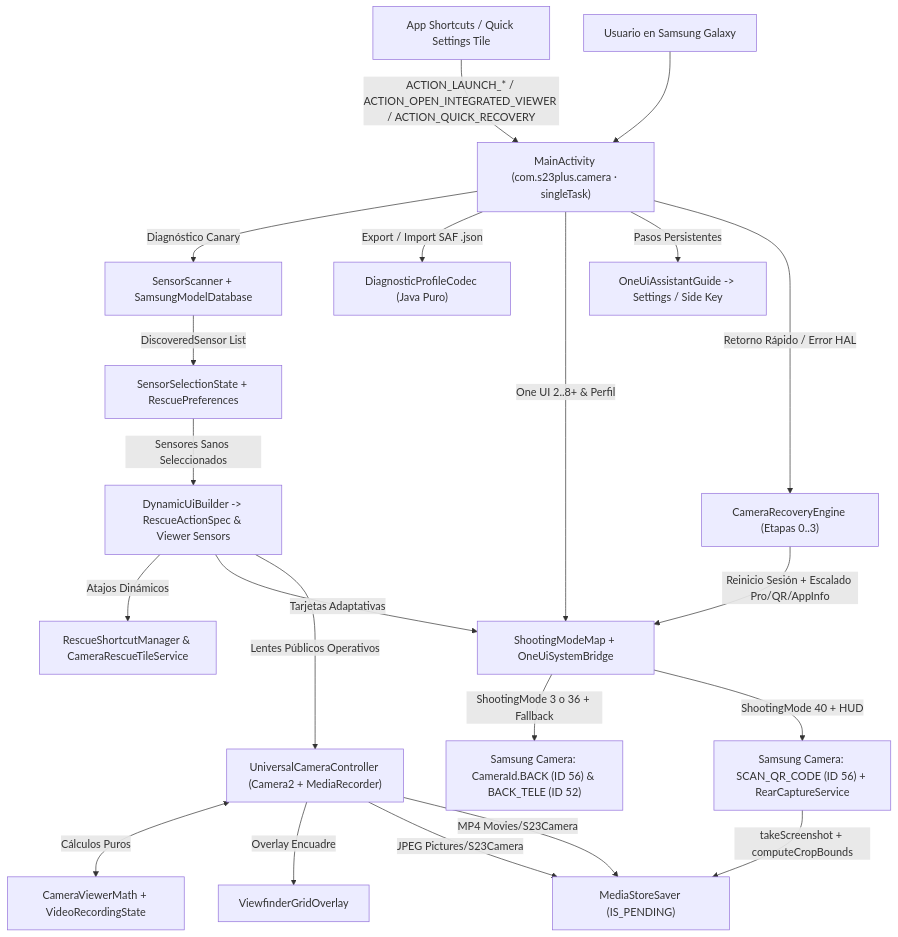
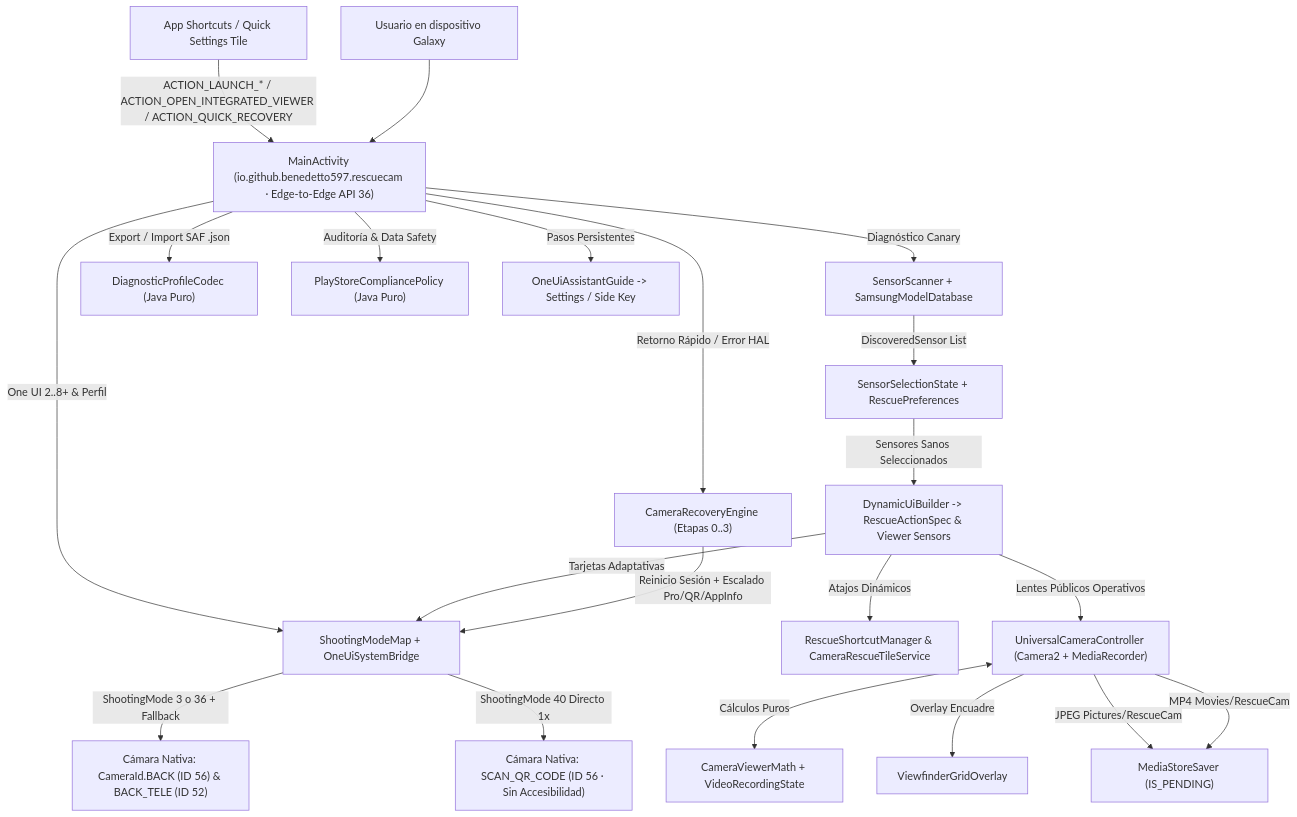
One commit to benedetto597/camera-rescue changed the diagram in docs/architecture.md. Above: the diagram before and after it, drawn with Mermaid. The commit also changed other lines of this file and 5 other files, not shown here.

Commit message:
docs: update README, SECURITY, ROADMAP, architecture, and v2.1.0 Play Store-ready APK

````diff
--- a/docs/architecture.md
+++ b/docs/architecture.md
@@ -7,27 +10,27 @@
 ```mermaid
 flowchart TD
-    Launcher["App Shortcuts / Quick Settings Tile"] -->|ACTION_LAUNCH_* / ACTION_OPEN_INTEGRATED_VIEWER / ACTION_QUICK_RECOVERY| MainActivity["MainActivity (com.s23plus.camera · singleTask)"]
-    User["Usuario en Samsung Galaxy"] --> MainActivity
+    Launcher["App Shortcuts / Quick Settings Tile"] -->|ACTION_LAUNCH_* / ACTION_OPEN_INTEGRATED_VIEWER / ACTION_QUICK_RECOVERY| MainActivity["MainActivity (io.github.benedetto597.rescuecam · Edge-to-Edge API 36)"]
+    User["Usuario en dispositivo Galaxy"] --> MainActivity
 
     MainActivity -->|Diagnóstico Canary| Scanner["SensorScanner + SamsungModelDatabase"]
     Scanner -->|DiscoveredSensor List| Selection["SensorSelectionState + RescuePreferences"]
     Selection -->|Sensores Sanos Seleccionados| Builder["DynamicUiBuilder -> RescueActionSpec & Viewer Sensors"]
     MainActivity -->|Export / Import SAF .json| Codec["DiagnosticProfileCodec (Java Puro)"]
+    MainActivity -->|Auditoría & Data Safety| Policy["PlayStoreCompliancePolicy (Java Puro)"]
 
     MainActivity -->|One UI 2..8+ & Perfil| ModeMap["ShootingModeMap + OneUiSystemBridge"]
     MainActivity -->|Pasos Persistentes| Assistant["OneUiAssistantGuide -> Settings / Side Key"]
     MainActivity -->|Retorno Rápido / Error HAL| Recovery["CameraRecoveryEngine (Etapas 0..3)"]
 
     Builder -->|Atajos Dinámicos| Shortcuts["RescueShortcutManager & CameraRescueTileService"]
     Builder -->|Tarjetas Adaptativas| ModeMap
     Builder -->|Lentes Públicos Operativos| ViewerCtrl["UniversalCameraController (Camera2 + MediaRecorder)"]
     ViewerCtrl <-->|Cálculos Puros| ViewerMath["CameraViewerMath + VideoRecordingState"]
     ViewerCtrl -->|Overlay Encuadre| GridOverlay["ViewfinderGridOverlay"]
 
-    ViewerCtrl -->|JPEG Pictures/S23Camera| MediaStore["MediaStoreSaver (IS_PENDING)"]
-    ViewerCtrl -->|MP4 Movies/S23Camera| MediaStore
-    ModeMap -->|ShootingMode 3 o 36 + Fallback| NativePro["Samsung Camera: CameraId.BACK (ID 56) & BACK_TELE (ID 52)"]
-    ModeMap -->|ShootingMode 40 + HUD| NativeQr["Samsung Camera: SCAN_QR_CODE (ID 56) + RearCaptureService"]
+    ViewerCtrl -->|JPEG Pictures/RescueCam| MediaStore["MediaStoreSaver (IS_PENDING)"]
+    ViewerCtrl -->|MP4 Movies/RescueCam| MediaStore
+    ModeMap -->|ShootingMode 3 o 36 + Fallback| NativePro["Cámara Nativa: CameraId.BACK (ID 56) & BACK_TELE (ID 52)"]
+    ModeMap -->|ShootingMode 40 Directo 1x| NativeQr["Cámara Nativa: SCAN_QR_CODE (ID 56 · Sin Accesibilidad)"]
     Recovery -->|Reinicio Sesión + Escalado Pro/QR/AppInfo| ModeMap
-    NativeQr -->|takeScreenshot + computeCropBounds| MediaStore
 ```
````
